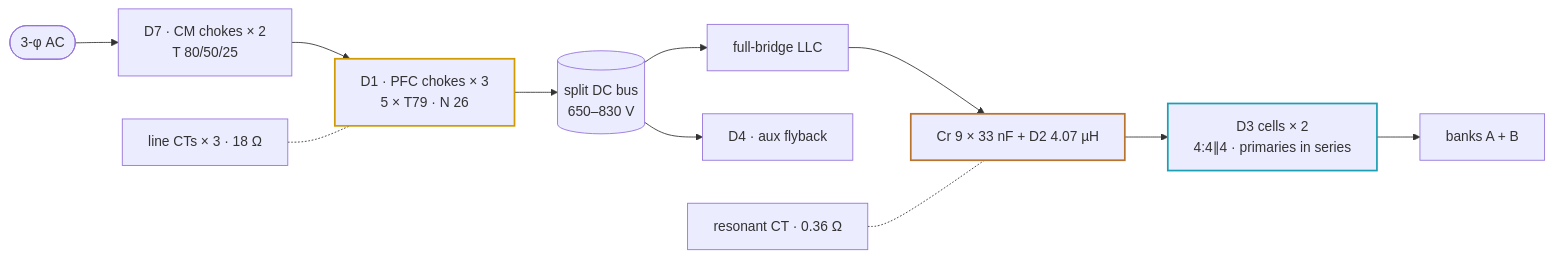
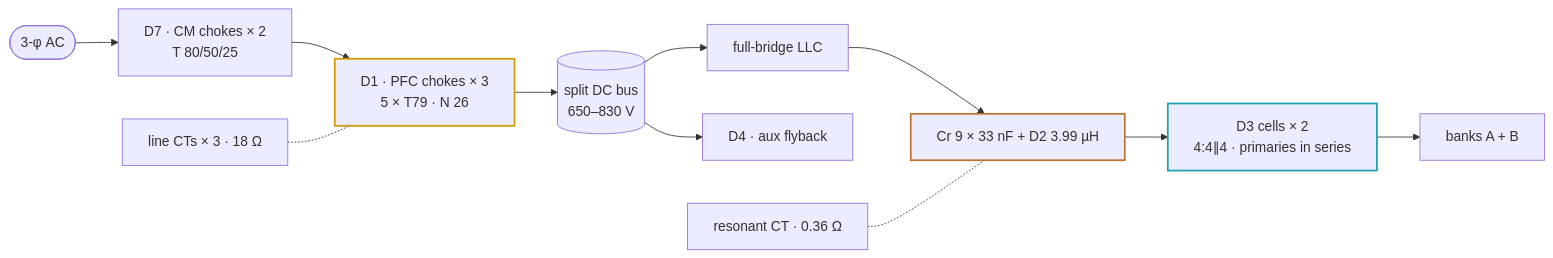
The diagram in docs/magnetics-40kw.md (vectivolt/DC-Modules), drawn with Mermaid before and after one commit. The commit also changed other lines of this file and 338 other files, not shown here.

````diff
--- a/docs/magnetics-40kw.md
+++ b/docs/magnetics-40kw.md
@@ -35,12 +35,12 @@
 ```mermaid
 flowchart LR
   AC(["3-φ AC"]) --> D7["D7 · CM chokes × 2<br/>T 80/50/25"] --> D1["D1 · PFC chokes × 3<br/>5 × T79 · N 26"]
   D1 --> BUS[("split DC bus<br/>650–830 V")]
-  BUS --> FB["full-bridge LLC"] --> TANK["Cr 9 × 33 nF + D2 4.07 µH"] --> D3["D3 cells × 2<br/>4:4∥4 · primaries in series"] --> BK["banks A + B"]
+  BUS --> FB["full-bridge LLC"] --> TANK["Cr 9 × 33 nF + D2 3.99 µH"] --> D3["D3 cells × 2<br/>4:4∥4 · primaries in series"] --> BK["banks A + B"]
   BUS --> D4["D4 · aux flyback"]
   LCT["line CTs × 3 · 18 Ω"] -.- D1
   RCT["resonant CT · 0.36 Ω"] -.- TANK
   style D1 stroke:#d19a00,stroke-width:2px
   style D3 stroke:#1a9fb3,stroke-width:2px
   style TANK stroke:#b8732e,stroke-width:2px
 ```
````
